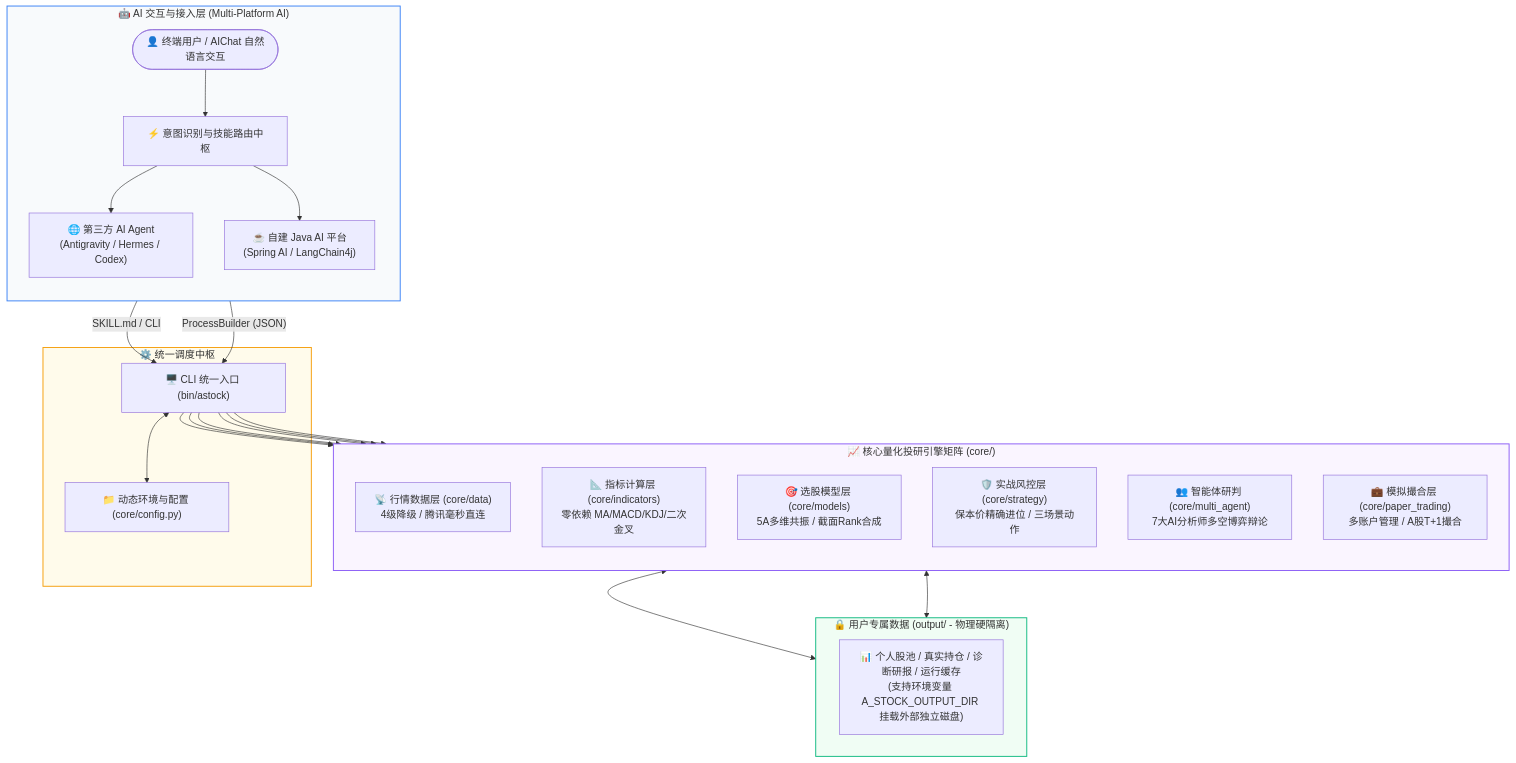
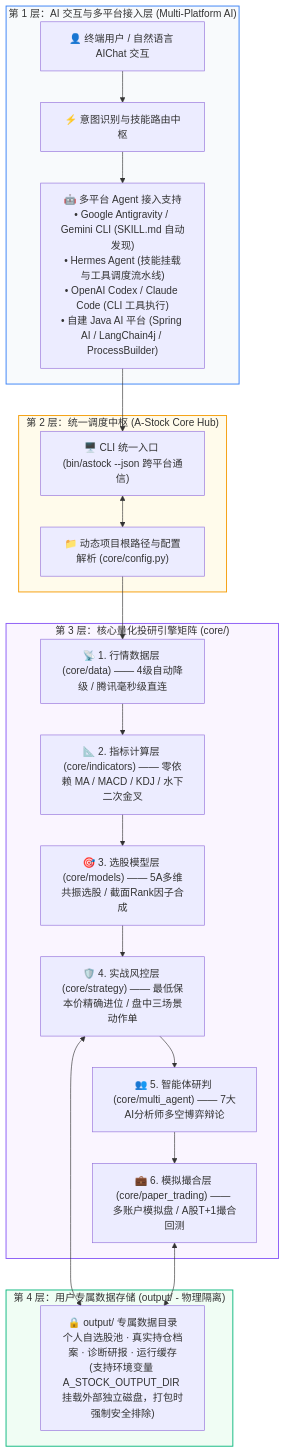
One commit to cvdnn/a_stock_agents changed the diagram in README.md. Above: the diagram before and after it, drawn with Mermaid.

Commit message:
docs: streamline architecture flowchart into clean vertical 4-tier layout

````diff
--- a/README.md
+++ b/README.md
@@ -28,42 +28,38 @@
 ```mermaid
-flowchart TB
-    subgraph UI ["🤖 AI 交互与接入层 (Multi-Platform AI)"]
-        direction TB
-        User(["👤 终端用户 / AIChat 自然语言交互"])
+flowchart TD
+    subgraph L1 ["第 1 层：AI 交互与多平台接入层 (Multi-Platform AI)"]
+        User["👤 终端用户 / 自然语言 AIChat 交互"]
         User --> Router["⚡ 意图识别与技能路由中枢"]
-        
-        Router --> P1["🌐 第三方 AI Agent<br/>(Antigravity / Hermes / Codex)"]
-        Router --> P2["☕ 自建 Java AI 平台<br/>(Spring AI / LangChain4j)"]
+        Router --> Agents["🤖 多平台 Agent 接入支持<br/>• Google Antigravity / Gemini CLI (SKILL.md 自动发现)<br/>• Hermes Agent (技能挂载与工具调度流水线)<br/>• OpenAI Codex / Claude Code (CLI 工具执行)<br/>• 自建 Java AI 平台 (Spring AI / LangChain4j / ProcessBuilder)"]
     end
 
-    subgraph Hub ["⚙️ 统一调度中枢"]
-        P1 -- "SKILL.md / CLI" --> CLI["🖥️ CLI 统一入口 (bin/astock)"]
-        P2 -- "ProcessBuilder (JSON)" --> CLI
-        CLI <--> Config["📁 动态环境与配置 (core/config.py)"]
+    subgraph L2 ["第 2 层：统一调度中枢 (A-Stock Core Hub)"]
+        Agents --> CLI["🖥️ CLI 统一入口 (bin/astock --json 跨平台通信)"]
+        CLI <--> Config["📁 动态项目根路径与配置解析 (core/config.py)"]
     end
 
-    subgraph Engines ["📈 核心量化投研引擎矩阵 (core/)"]
-        direction TB
-        E1["📡 行情数据层 (core/data)<br/>4级降级 / 腾讯毫秒直连"]
-        E2["📐 指标计算层 (core/indicators)<br/>零依赖 MA/MACD/KDJ/二次金叉"]
-        E3["🎯 选股模型层 (core/models)<br/>5A多维共振 / 截面Rank合成"]
-        E4["🛡️ 实战风控层 (core/strategy)<br/>保本价精确进位 / 三场景动作"]
-        E5["👥 智能体研判 (core/multi_agent)<br/>7大AI分析师多空博弈辩论"]
-        E6["💼 模拟撮合层 (core/paper_trading)<br/>多账户管理 / A股T+1撮合"]
+    subgraph L3 ["第 3 层：核心量化投研引擎矩阵 (core/)"]
+        E1["📡 1. 行情数据层 (core/data) —— 4级自动降级 / 腾讯毫秒级直连"]
+        E2["📐 2. 指标计算层 (core/indicators) —— 零依赖 MA / MACD / KDJ / 水下二次金叉"]
+        E3["🎯 3. 选股模型层 (core/models) —— 5A多维共振选股 / 截面Rank因子合成"]
+        E4["🛡️ 4. 实战风控层 (core/strategy) —— 最低保本价精确进位 / 盘中三场景动作单"]
+        E5["👥 5. 智能体研判 (core/multi_agent) —— 7大AI分析师多空博弈辩论"]
+        E6["💼 6. 模拟撮合层 (core/paper_trading) —— 多账户模拟盘 / A股T+1撮合回测"]
+        
+        Config --> E1
+        E1 --> E2
+        E2 --> E3
+        E3 --> E4
+        E4 --> E5
+        E5 --> E6
     end
 
-    subgraph Storage ["🔒 用户专属数据 (output/ - 物理硬隔离)"]
-        Output["📊 个人股池 / 真实持仓 / 诊断研报 / 运行缓存<br/>(支持环境变量 A_STOCK_OUTPUT_DIR 挂载外部独立磁盘)"]
+    subgraph L4 ["第 4 层：用户专属数据存储 (output/ - 物理隔离)"]
+        E4 & E6 <--> Storage["🔒 output/ 专属数据目录<br/>个人自选股池 · 真实持仓档案 · 诊断研报 · 运行缓存<br/>(支持环境变量 A_STOCK_OUTPUT_DIR 挂载外部独立磁盘，打包时强制安全排除)"]
     end
 
-    CLI --> E1 & E2
-    CLI --> E3 & E4
-    CLI --> E5 & E6
-    E4 <--> Storage
-    E6 <--> Storage
-
-    style UI fill:#f8fafc,stroke:#3b82f6,stroke-width:1.5px
-    style Hub fill:#fffbeb,stroke:#f59e0b,stroke-width:1.5px
-    style Engines fill:#faf5ff,stroke:#8b5cf6,stroke-width:1.5px
-    style Storage fill:#f0fdf4,stroke:#10b981,stroke-width:1.5px
+    style L1 fill:#f8fafc,stroke:#3b82f6,stroke-width:1.5px
+    style L2 fill:#fffbeb,stroke:#f59e0b,stroke-width:1.5px
+    style L3 fill:#faf5ff,stroke:#8b5cf6,stroke-width:1.5px
+    style L4 fill:#f0fdf4,stroke:#10b981,stroke-width:1.5px
 ```
````
